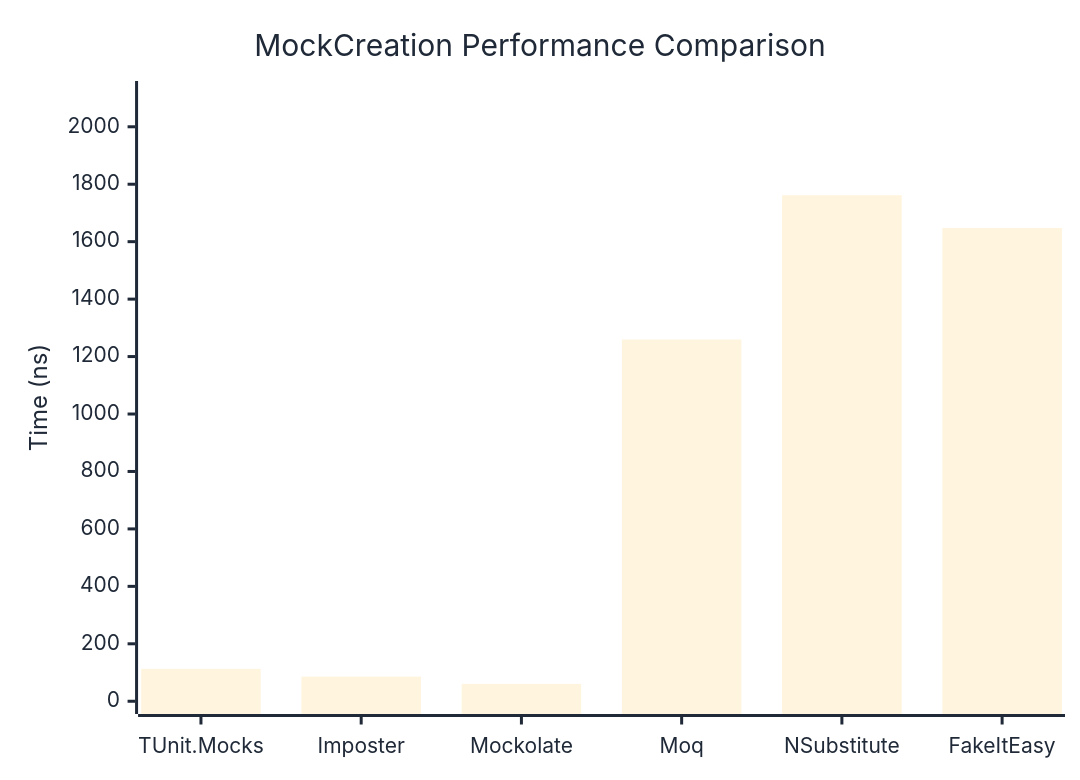
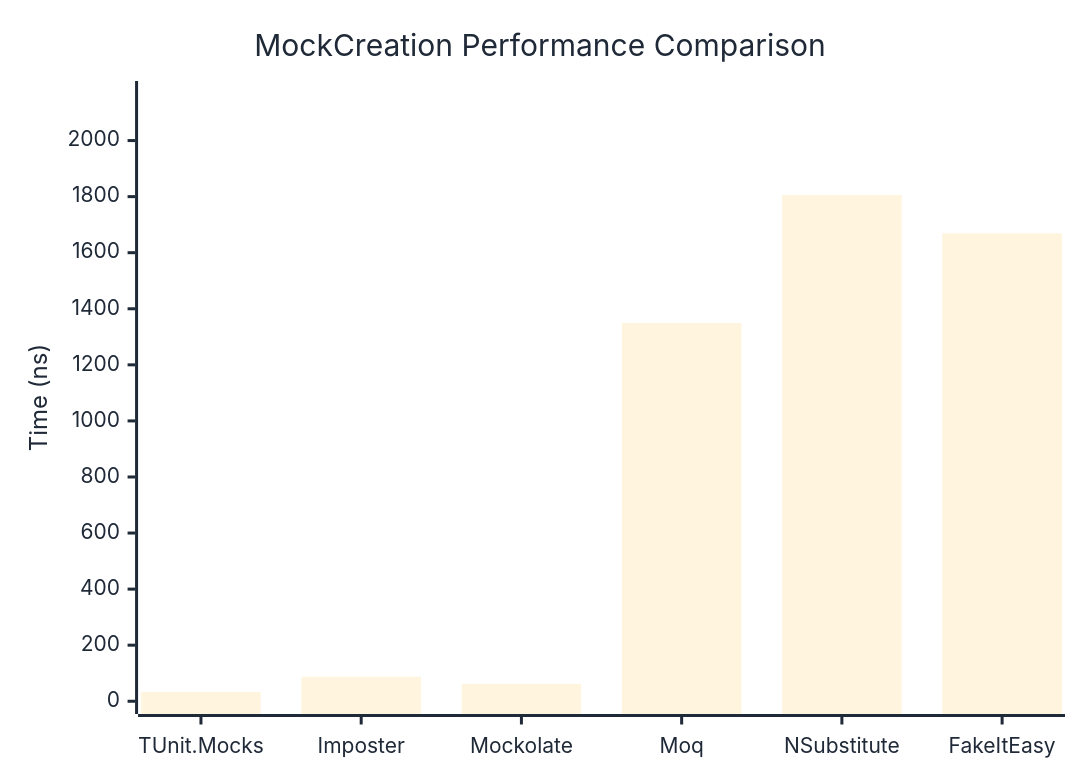
One commit to thomhurst/TUnit changed the first of 2 diagrams in docs/docs/benchmarks/mocks/MockCreation.md. Above: the diagram before and after it, drawn with Mermaid. The commit also changed other lines of this file and 14 other files, not shown here.

````diff
--- a/docs/docs/benchmarks/mocks/MockCreation.md
+++ b/docs/docs/benchmarks/mocks/MockCreation.md
@@ -28,27 +28,27 @@
 ```mermaid
 %%{init: {
   'theme':'base',
   'themeVariables': {
     'primaryColor': '#2563eb',
     'primaryTextColor': '#1f2937',
     'primaryBorderColor': '#1e40af',
     'lineColor': '#6b7280',
     'secondaryColor': '#7c3aed',
     'tertiaryColor': '#dc2626',
     'background': '#ffffff',
     'pie1': '#2563eb',
     'pie2': '#7c3aed',
     'pie3': '#dc2626',
     'pie4': '#f59e0b',
     'pie5': '#10b981',
     'pie6': '#06b6d4',
     'pie7': '#ec4899',
     'pie8': '#6366f1'
   }
 }}%%
 xychart-beta
   title "MockCreation Performance Comparison"
   x-axis ["TUnit.Mocks", "Imposter", "Mockolate", "Moq", "NSubstitute", "FakeItEasy"]
-  y-axis "Time (ns)" 0 --> 2115
-  bar [112.73, 85.8, 60.44, 1259.29, 1761.86, 1647.55]
+  y-axis "Time (ns)" 0 --> 2167
+  bar [33.51, 87.6, 62.34, 1349.41, 1805.4, 1669.03]
 ```
````
